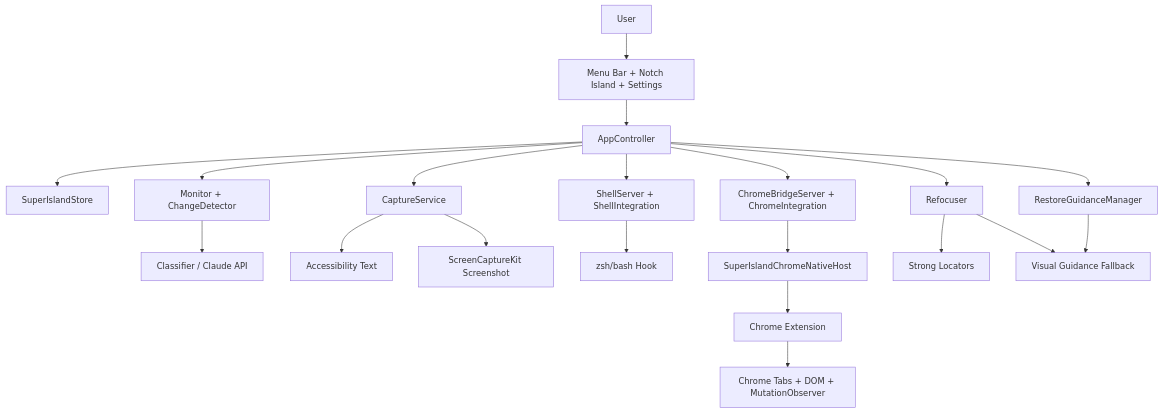
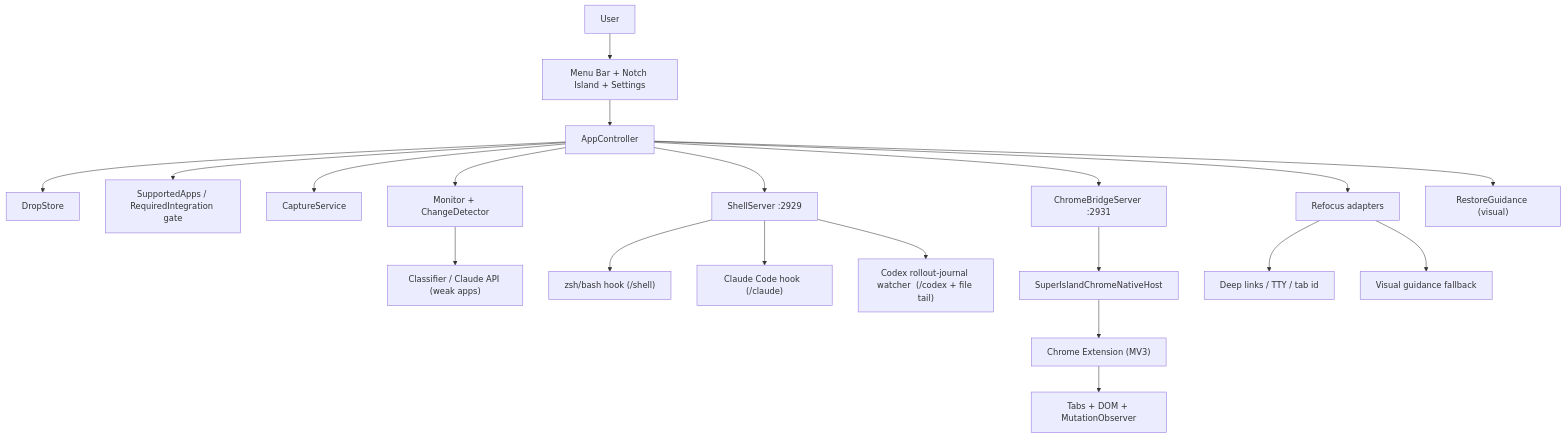
Before and after one commit to akkhil7/superisland: the diagram in docs/architecture-2026-06-23.md, drawn with Mermaid. The commit also changed other lines of this file, not shown here.

Commit message:
docs: reconcile architecture doc with current code (pre-existing working-tree edits)

````diff
--- a/docs/architecture-2026-06-23.md
+++ b/docs/architecture-2026-06-23.md
@@ -21,25 +31,26 @@
 ```mermaid
 flowchart TD
     User["User"] --> UI["Menu Bar + Notch Island + Settings"]
     UI --> AppController["AppController"]
-    AppController --> Store["SuperIslandStore"]
+    AppController --> Store["DropStore"]
+    AppController --> Gate["SupportedApps / RequiredIntegration gate"]
     AppController --> Capture["CaptureService"]
     AppController --> Monitor["Monitor + ChangeDetector"]
-    AppController --> Refocuser["Refocuser"]
-    AppController --> Shell["ShellServer + ShellIntegration"]
-    AppController --> Chrome["ChromeBridgeServer + ChromeIntegration"]
-    AppController --> Restore["RestoreGuidanceManager"]
+    AppController --> Refocuser["Refocus adapters"]
+    AppController --> ShellSrv["ShellServer :2929"]
+    AppController --> ChromeSrv["ChromeBridgeServer :2931"]
+    AppController --> Restore["RestoreGuidance (visual)"]
 
-    Monitor --> Classifier["Classifier / Claude API"]
-    Capture --> AX["Accessibility Text"]
-    Capture --> Screenshot["ScreenCaptureKit Screenshot"]
+    Monitor --> Classifier["Classifier / Claude API (weak apps)"]
 
-    Shell --> ShellHook["zsh/bash Hook"]
-    Chrome --> NativeHost["SuperIslandChromeNativeHost"]
-    NativeHost --> Extension["Chrome Extension"]
-    Extension --> Tabs["Chrome Tabs + DOM + MutationObserver"]
+    ShellSrv --> ShellHook["zsh/bash hook  (/shell)"]
+    ShellSrv --> ClaudeHook["Claude Code hook  (/claude)"]
+    ShellSrv --> CodexWatch["Codex rollout-journal watcher  (/codex + file tail)"]
 
-    Refocuser --> Strong["Strong Locators"]
-    Refocuser --> Visual["Visual Guidance Fallback"]
-    Restore --> Visual
+    ChromeSrv --> NativeHost["SuperIslandChromeNativeHost"]
+    NativeHost --> Extension["Chrome Extension (MV3)"]
+    Extension --> Tabs["Tabs + DOM + MutationObserver"]
+
+    Refocuser --> Strong["Deep links / TTY / tab id"]
+    Refocuser --> Visual["Visual guidance fallback"]
 ```
````
